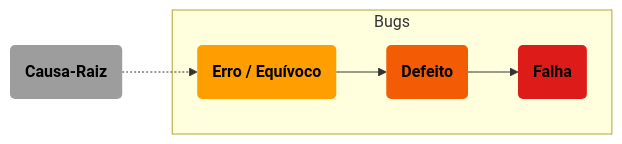
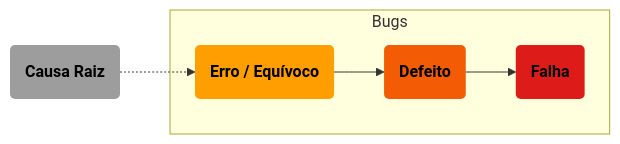
The third of 3 diagrams in docs/istqb/ctfl/ctfl_01.mdx (GabriOliv/garden), drawn with Mermaid before and after one commit. The commit also changed other lines of this file and 2 other files, not shown here.

````diff
--- a/docs/istqb/ctfl/ctfl_01.mdx
+++ b/docs/istqb/ctfl/ctfl_01.mdx
@@ -146,17 +146,17 @@
 ```mermaid
 flowchart LR
 	classDef node	stroke:#0000,color:#000
 	classDef yel	fill:#FF9E00
 	classDef ora	fill:#F35B04
 	classDef red	fill:#DD1C1A
 	classDef gra	fill:#9D9D9D
 
-	a(<b>Causa-Raiz</b>):::gra;
+	a(<b>Causa Raiz</b>):::gra;
 	b(<b>Erro / Equívoco</b>):::yel;
 	c(<b>Defeito</b>):::ora;
 	d(<b>Falha</b>):::red
 	
 	subgraph s["Bugs"]; b; c; d; end
 
 	a -.-> b --> c --> d
 ```
````
